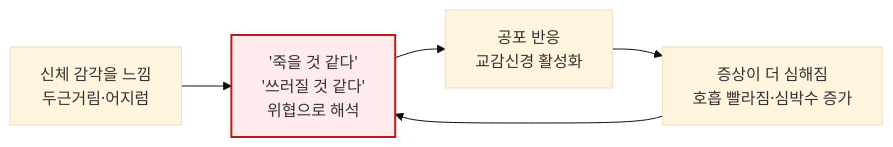
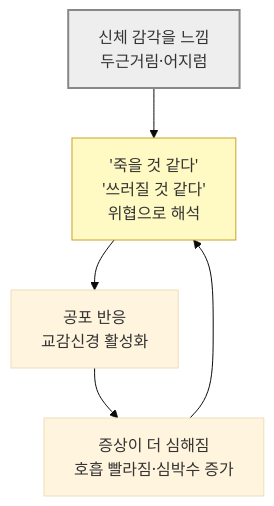
One commit to familyoh77/familyoh77 changed the second of 2 diagrams in 221_/026_-panic-disorder.md. Above: the diagram before and after it, drawn with Mermaid (base theme). The commit also changed other lines of this file and 9 other files, not shown here.

````diff
--- a/221_/026_-panic-disorder.md
+++ b/221_/026_-panic-disorder.md
@@ -517,8 +526,9 @@
 ```mermaid
-graph LR
+flowchart TD
     A["신체 감각을 느낌<br/>두근거림·어지럼"] --> B["'죽을 것 같다'<br/>'쓰러질 것 같다'<br/>위협으로 해석"]
     B --> C["공포 반응<br/>교감신경 활성화"]
     C --> D["증상이 더 심해짐<br/>호흡 빨라짐·심박수 증가"]
     D --> B
-    style B fill:#ffebee,stroke:#b71c1c,stroke-width:2px
+    style A fill:#eee,stroke:#888,stroke-width:2px
+    style B fill:#fff9c4,stroke:#c9a227
 ```
````
